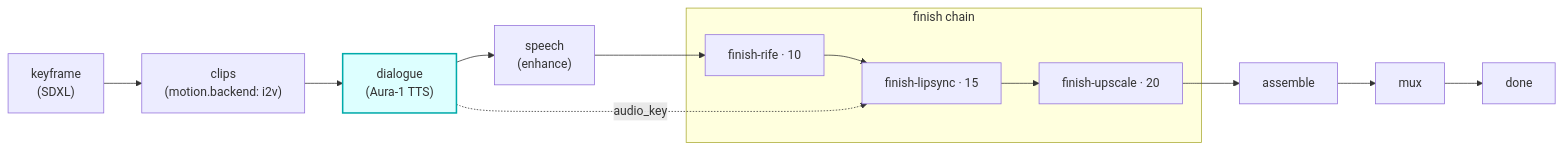
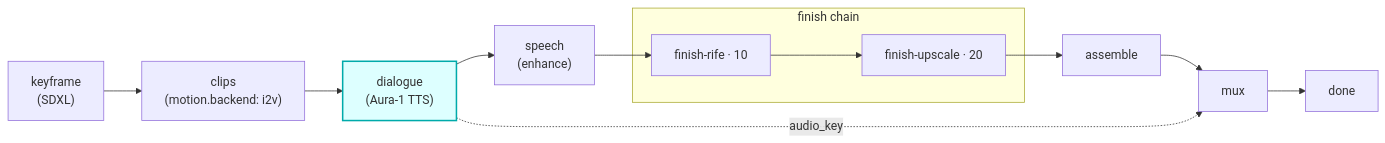
Before and after one commit to skyphusion-labs/vivijure-cf: the diagram in modules/chatterbox/README.md, drawn with Mermaid. The commit also changed other lines of this file and 96 other files, not shown here.

````diff
--- a/modules/chatterbox/README.md
+++ b/modules/chatterbox/README.md
@@ -12,20 +12,19 @@
 ```mermaid
 flowchart LR
   kf["keyframe<br/>(SDXL)"]
   clips["clips<br/>(motion.backend: i2v)"]
   dlg["dialogue<br/>(Aura-1 TTS)"]
   sp["speech<br/>(enhance)"]
   subgraph finish["finish chain"]
     rife["finish-rife · 10"]
-    ls["finish-lipsync · 15"]
     up["finish-upscale · 20"]
   end
   asm["assemble"]
   mux["mux"]
   done["done"]
 
-  kf --> clips --> dlg --> sp --> rife --> ls --> up --> asm --> mux --> done
-  dlg -. "audio_key" .-> ls
+  kf --> clips --> dlg --> sp --> rife --> up --> asm --> mux --> done
+  dlg -. "audio_key" .-> mux
 
   style dlg fill:#dff,stroke:#0aa,stroke-width:2px
 ```
````
